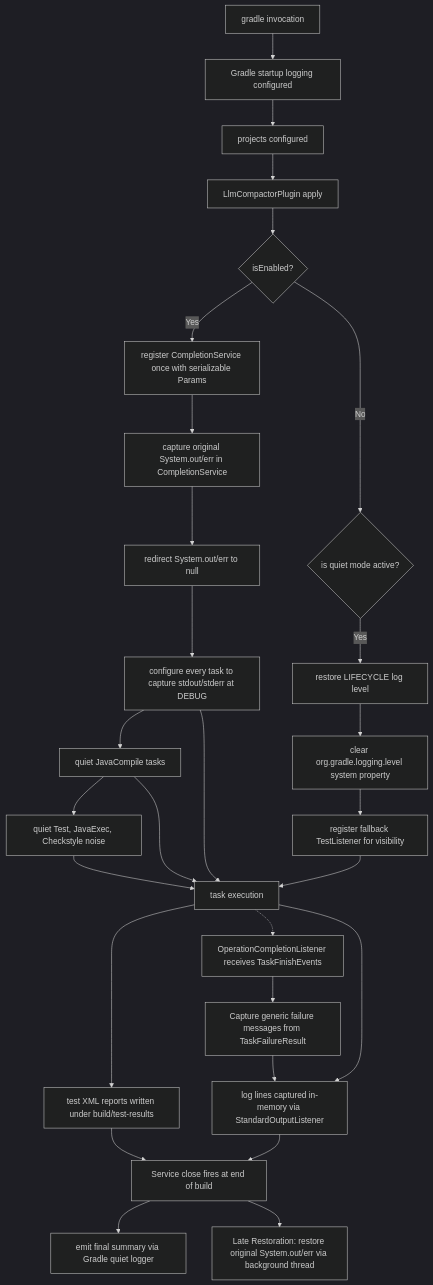
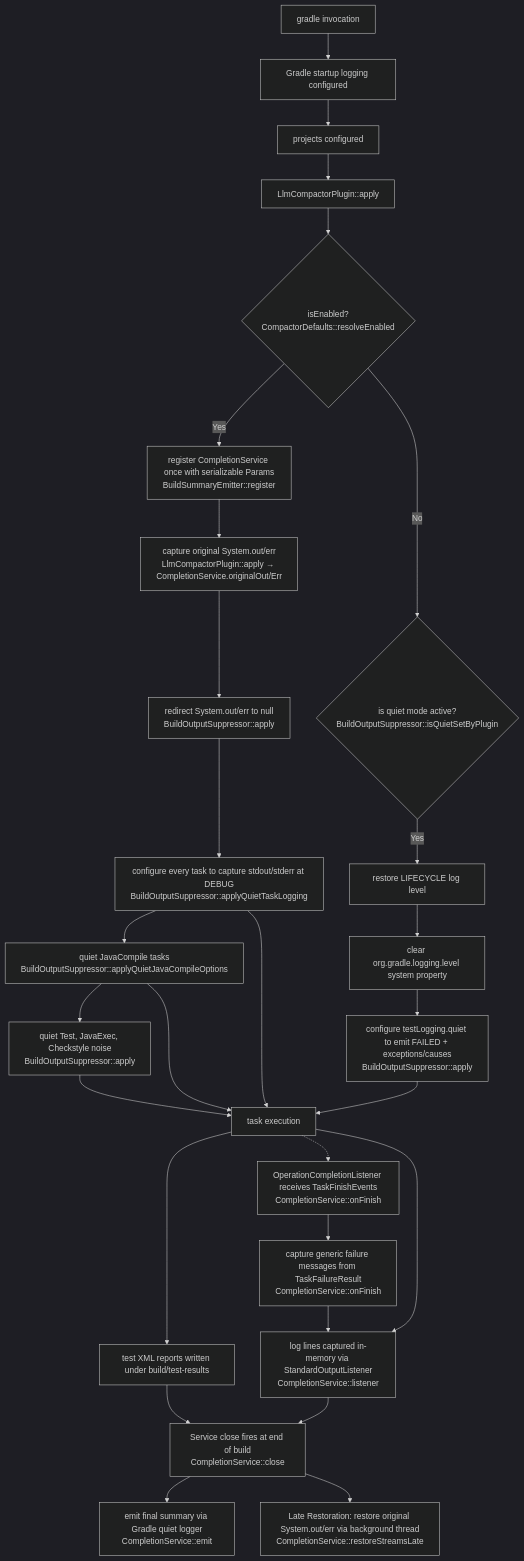
The diagram in docs/gradle-design.md (sfkamath/llm-build-compactor), drawn with Mermaid (dark theme) before and after one commit. The commit also changed 7 other files, not shown here.

````diff
--- a/docs/gradle-design.md
+++ b/docs/gradle-design.md
@@ -47,35 +47,35 @@
 ```mermaid
 flowchart TD
     A[gradle invocation] --> B[Gradle startup logging configured]
     B --> C[projects configured]
-    C --> D[LlmCompactorPlugin apply]
-    D --> E{isEnabled?}
+    C --> D["LlmCompactorPlugin::apply"]
+    D --> E{"isEnabled?<br/>CompactorDefaults::resolveEnabled"}
     
-    E -- Yes --> F[register CompletionService once with serializable Params]
-    F --> G[capture original System.out/err in CompletionService]
-    G --> H[redirect System.out/err to null]
-    H --> I[configure every task to capture stdout/stderr at DEBUG]
-    I --> J[quiet JavaCompile tasks]
-    J --> K[quiet Test, JavaExec, Checkstyle noise]
+    E -- Yes --> F["register CompletionService once with serializable Params<br/>BuildSummaryEmitter::register"]
+    F --> G["capture original System.out/err<br/>LlmCompactorPlugin::apply → CompletionService.originalOut/Err"]
+    G --> H["redirect System.out/err to null<br/>BuildOutputSuppressor::apply"]
+    H --> I["configure every task to capture stdout/stderr at DEBUG<br/>BuildOutputSuppressor::applyQuietTaskLogging"]
+    I --> J["quiet JavaCompile tasks<br/>BuildOutputSuppressor::applyQuietJavaCompileOptions"]
+    J --> K["quiet Test, JavaExec, Checkstyle noise<br/>BuildOutputSuppressor::apply"]
     
-    E -- No --> L{is quiet mode active?}
+    E -- No --> L{"is quiet mode active?<br/>BuildOutputSuppressor::isQuietSetByPlugin"}
     L -- Yes --> M[restore LIFECYCLE log level]
     M --> N[clear org.gradle.logging.level system property]
-    N --> O[register fallback TestListener for visibility]
+    N --> O["configure testLogging.quiet to emit FAILED + exceptions/causes<br/>BuildOutputSuppressor::apply"]
     
     K --> P[task execution]
     J --> P
     I --> P
     O --> P
     
-    P -.-> P1[OperationCompletionListener receives TaskFinishEvents]
-    P1 --> P2[Capture generic failure messages from TaskFailureResult]
+    P -.-> P1["OperationCompletionListener receives TaskFinishEvents<br/>CompletionService::onFinish"]
+    P1 --> P2["capture generic failure messages from TaskFailureResult<br/>CompletionService::onFinish"]
     P2 --> R
     
     P --> Q[test XML reports written under build/test-results]
-    P --> R[log lines captured in-memory via StandardOutputListener]
-    Q --> S[Service close fires at end of build]
+    P --> R["log lines captured in-memory via StandardOutputListener<br/>CompletionService::listener"]
+    Q --> S["Service close fires at end of build<br/>CompletionService::close"]
     R --> S
-    S --> T[emit final summary via Gradle quiet logger]
-    S --> U[Late Restoration: restore original System.out/err via background thread]
+    S --> T["emit final summary via Gradle quiet logger<br/>CompletionService::emit"]
+    S --> U["Late Restoration: restore original System.out/err via background thread<br/>CompletionService::restoreStreamsLate"]
 ```
````
